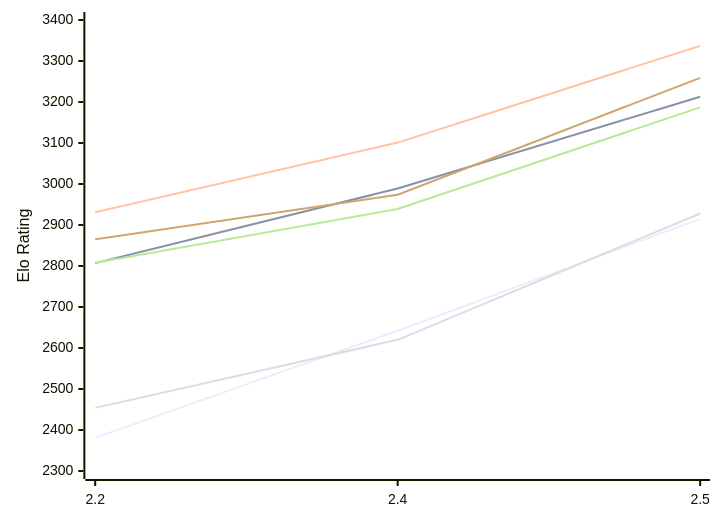
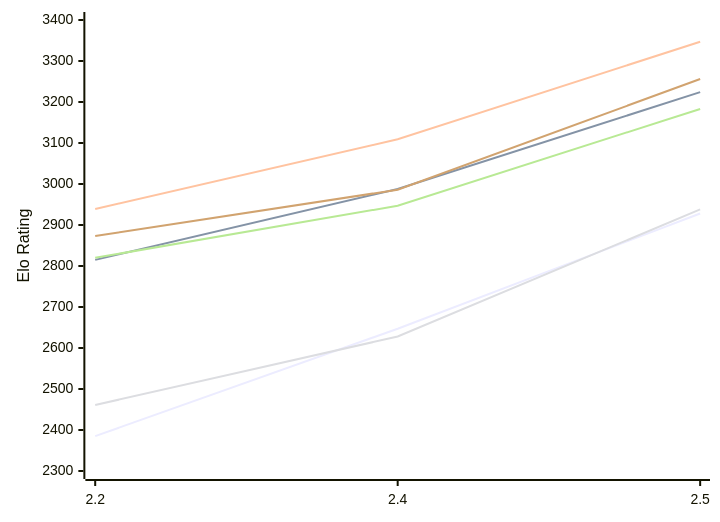
One commit to computer-chess-index/cci changed the first of 2 diagrams in engines/Sloth.md. Above: the diagram before and after it, drawn with Mermaid. The commit also changed other lines of this file, not shown here.

Commit message:
Update CCI Ratings (ELO VLTC) - 2026-11-16

````diff
--- a/engines/Sloth.md
+++ b/engines/Sloth.md
@@ -52,12 +52,12 @@
 ```mermaid
 %%{init: {"theme":"base","themeVariables":{"seriesColors:['#a3a3a3','#222221','#faa371']}}}%%
 xychart-beta
   x-axis ["2.2", "2.4", "2.5"]
   y-axis "Elo Rating" 2300 --> 3400
-  line "E1: STC (8.0+0.08s)" [2381, 2642, 2915]
-  line "E1: LTC (60.0+0.60s)" [2807, 2989, 3213]
-  line "E1: VLTC (2m24s+1.12s)" [2931, 3101, 3337]
-  line "P1: STC (8.0+0.08s)" [2454, 2620, 2928]
-  line "P1: LTC (60.0+0.60s)" [2808, 2939, 3187]
-  line "P1: VLTC (2m24s+1.12s)" [2865, 2974, 3259]
+  line "E1: STC (8.0+0.08s)" [2385, 2647, 2928]
+  line "E1: LTC (60.0+0.60s)" [2815, 2988, 3224]
+  line "E1: VLTC (2m24s+1.12s)" [2939, 3109, 3347]
+  line "P1: STC (8.0+0.08s)" [2461, 2628, 2938]
+  line "P1: LTC (60.0+0.60s)" [2820, 2947, 3183]
+  line "P1: VLTC (2m24s+1.12s)" [2873, 2986, 3256]
 ```
````
